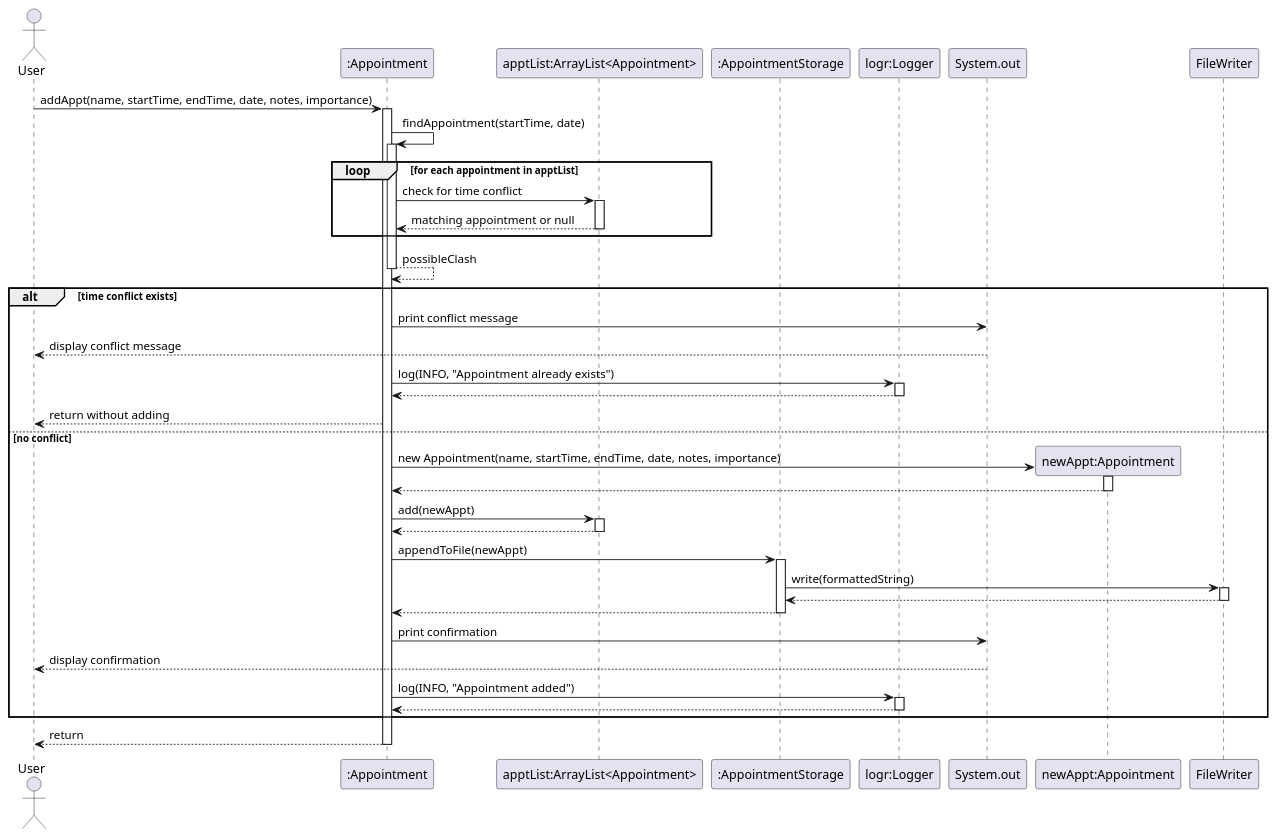
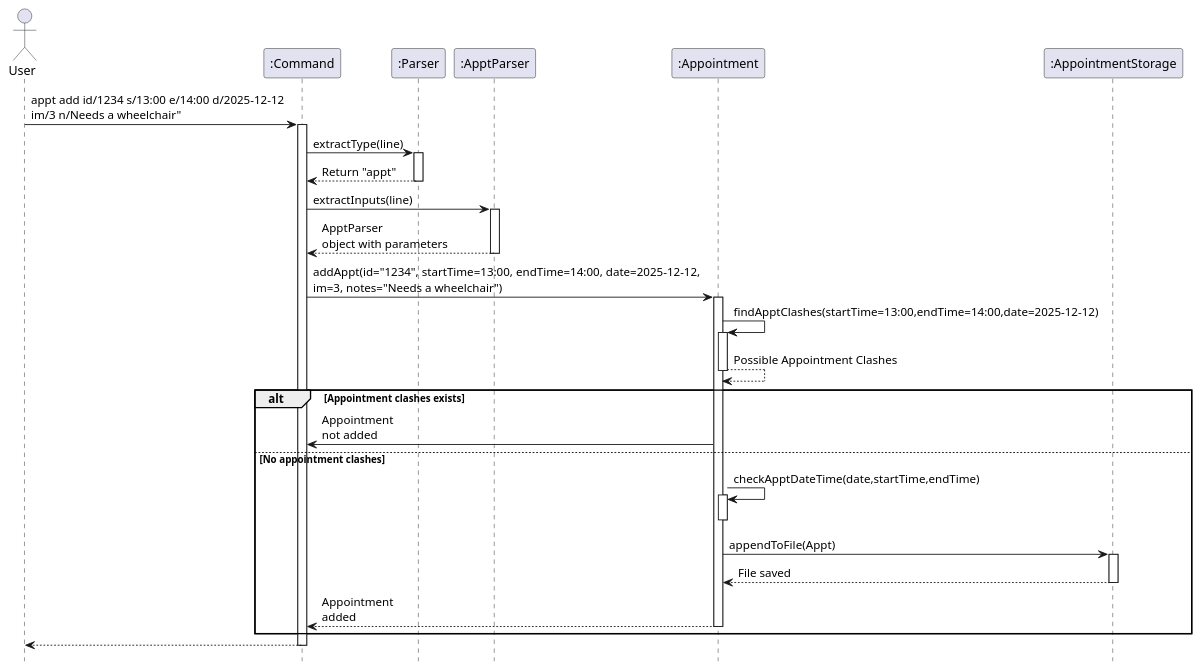
One commit to AY2425S2-CS2113-T11b-3/tp changed the diagram in docs/diagrams/apptSequenceDiagrams/AddApptSequenceDiagram.puml. Above: the diagram before and after it, drawn with PlantUML. The commit also changed 8 other files, not shown here.

Commit message:
Add Appointment class diagram

```diff
--- a/docs/diagrams/apptSequenceDiagrams/AddApptSequenceDiagram.puml
+++ b/docs/diagrams/apptSequenceDiagrams/AddApptSequenceDiagram.puml
@@ -1,69 +1,59 @@
 @startuml
 
+hide footbox
 actor User
-participant ":Appointment" as Appointment
-participant "apptList:ArrayList<Appointment>" as apptList
-participant ":AppointmentStorage" as AppointmentStorage
-participant "logr:Logger" as Logger
+participant ":Command" as Command
+participant ":Parser" as Parser
+participant ":ApptParser" as ApptParser
+participant ":Appointment" as Appt
+participant ":AppointmentStorage" as Storage
 
-User -> Appointment : addAppt(name, startTime, endTime, date, notes, importance)
-activate Appointment
+User -> Command : appt add id/1234 s/13:00 e/14:00 d/2025-12-12 \nim/3 n/Needs a wheelchair"
+activate Command
+  Command -> Parser : extractType(line)
+
+  activate Parser
+    Parser --> Command : Return "appt"
+  deactivate Parser
+
+  Command -> ApptParser : extractInputs(line)
+
+  activate ApptParser
+
+    ApptParser --> Command : ApptParser \nobject with parameters
+  deactivate ApptParser
+
+  Command -> Appt : addAppt(id="1234", startTime=13:00, endTime=14:00, date=2025-12-12, \nim=3, notes="Needs a wheelchair")
+
+  activate Appt
+
+    Appt -> Appt: findApptClashes(startTime=13:00,endTime=14:00,date=2025-12-12)
+    activate Appt
+        Appt --> Appt: Possible Appointment Clashes
+    deactivate Appt
 
 
-Appointment -> Appointment : findAppointment(startTime, date)
-activate Appointment
 
-loop for each appointment in apptList
-    Appointment -> apptList : check for time conflict
-    activate apptList
-    apptList --> Appointment : matching appointment or null
-    deactivate apptList
-end
+    alt Appointment clashes exists
+        Appt -> Command : Appointment \nnot added
+    else No appointment clashes
 
-Appointment --> Appointment : possibleClash
-deactivate Appointment
+        Appt -> Appt: checkApptDateTime(date,startTime,endTime)
+        activate Appt
+        deactivate Appt
 
-alt time conflict exists
-    Appointment -> System.out : print conflict message
-    System.out --> User : display conflict message
+        Appt -> Storage : appendToFile(Appt)
+        activate Storage
+            Storage --> Appt : File saved
+        deactivate Storage
 
-    Appointment -> Logger : log(INFO, "Appointment already exists")
-    activate Logger
-    Logger --> Appointment
-    deactivate Logger
+        Appt --> Command: Appointment \nadded
+        deactivate Appt
+    end
 
-    Appointment --> User : return without adding
-else no conflict
-    create "newAppt:Appointment" as newAppt
-    Appointment -> newAppt : new Appointment(name, startTime, endTime, date, notes, importance)
-    activate newAppt
-    newAppt --> Appointment
-    deactivate newAppt
 
-    Appointment -> apptList : add(newAppt)
-    activate apptList
-    apptList --> Appointment
-    deactivate apptList
 
-    Appointment -> AppointmentStorage : appendToFile(newAppt)
-    activate AppointmentStorage
-    AppointmentStorage -> FileWriter : write(formattedString)
-    activate FileWriter
-    FileWriter --> AppointmentStorage
-    deactivate FileWriter
-    AppointmentStorage --> Appointment
-    deactivate AppointmentStorage
 
-    Appointment -> System.out : print confirmation
-    System.out --> User : display confirmation
-
-    Appointment -> Logger : log(INFO, "Appointment added")
-    activate Logger
-    Logger --> Appointment
-    deactivate Logger
-end
-
-Appointment --> User : return
-deactivate Appointment
-
+  Command --> User
+deactivate Command
 @enduml
```
